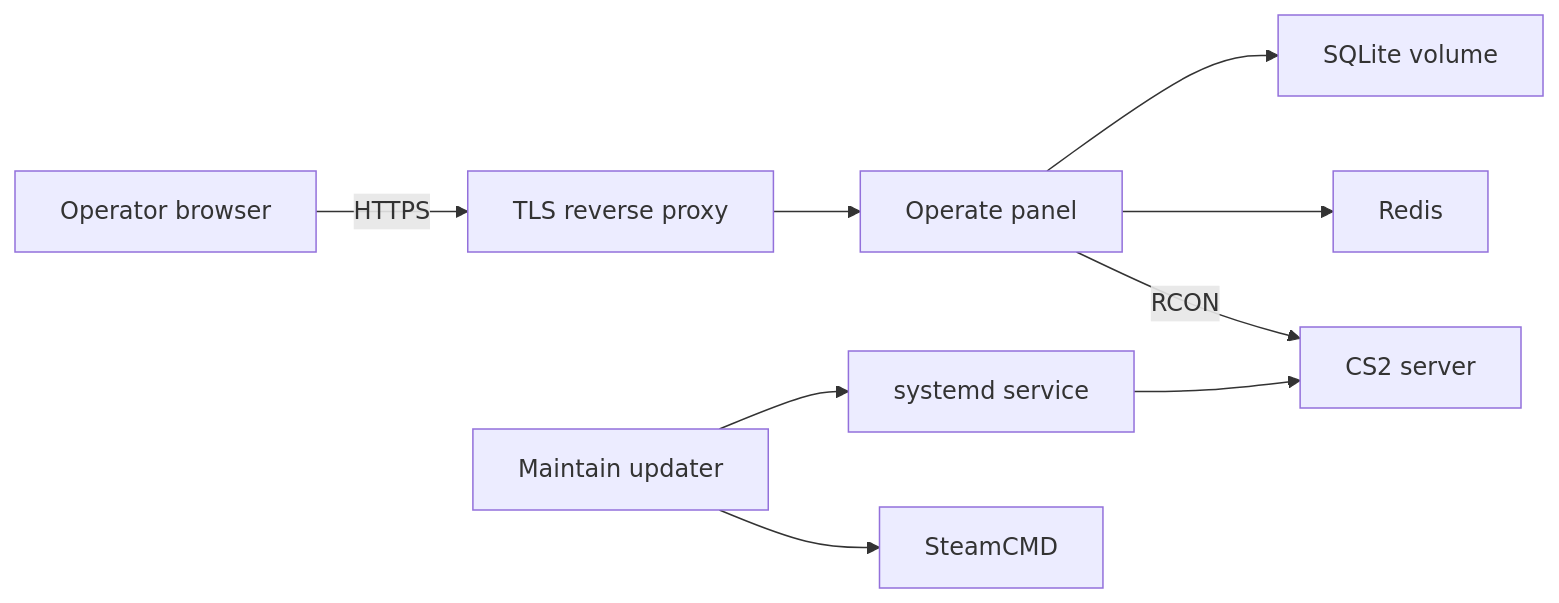
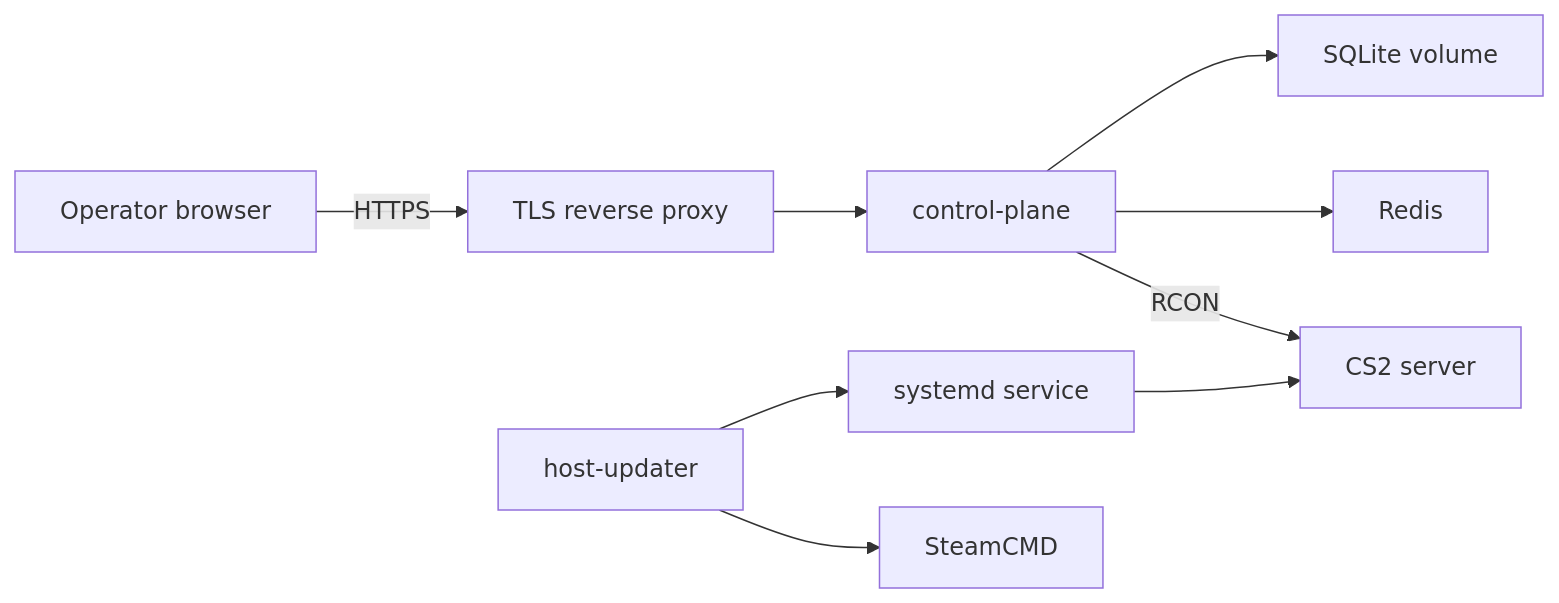
Before and after one commit to sebastianspicker/3rr-cs2: the diagram in docs/reference/topology.md, drawn with Mermaid. The commit also changed other lines of this file and 390 other files, not shown here.

````diff
--- a/docs/reference/topology.md
+++ b/docs/reference/topology.md
@@ -6,11 +6,11 @@
 ```mermaid
 flowchart LR
     Operator["Operator browser"] -->|HTTPS| Proxy["TLS reverse proxy"]
-    Proxy --> Panel["Operate panel"]
+    Proxy --> Panel["control-plane"]
     Panel --> SQLite["SQLite volume"]
     Panel --> Redis["Redis"]
     Panel -->|RCON| CS2["CS2 server"]
-    Updater["Maintain updater"] --> Systemd["systemd service"]
+    Updater["host-updater"] --> Systemd["systemd service"]
     Updater --> SteamCMD["SteamCMD"]
     Systemd --> CS2
 ```
````
